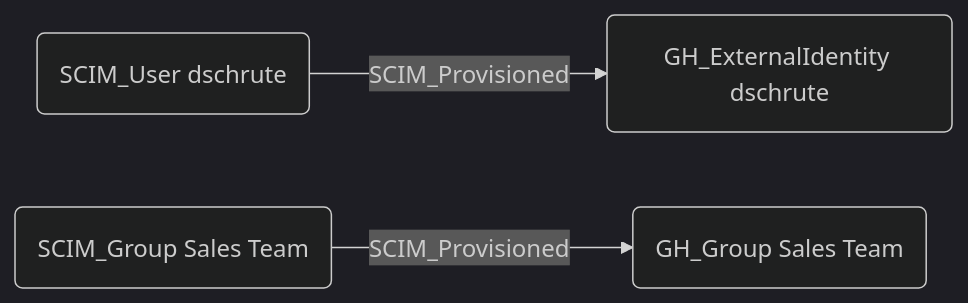
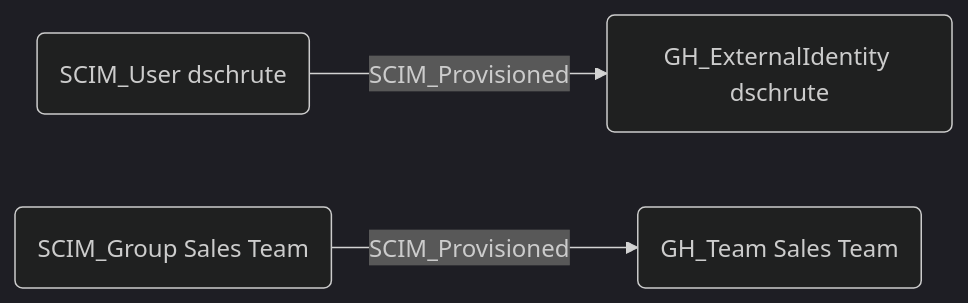
The diagram in docs/opengraph/extensions/scim/edges/scim_provisioned.mdx (SpecterOps/bloodhound-docs), drawn with Mermaid (dark theme) before and after one commit. The commit also changed other lines of this file and 2 other files, not shown here.

Commit message:
fix GH nodes under SCIM

````diff
--- a/docs/opengraph/extensions/scim/edges/scim_provisioned.mdx
+++ b/docs/opengraph/extensions/scim/edges/scim_provisioned.mdx
@@ -18,9 +18,9 @@
 ```mermaid
 graph LR
     node1("SCIM_User dschrute")
     node2("GH_ExternalIdentity dschrute")
     node3("SCIM_Group Sales Team")
-    node4("GH_Group Sales Team")
+    node4("GH_Team Sales Team")
     node1 -- SCIM_Provisioned --> node2
     node3 -- SCIM_Provisioned --> node4
 ```
````
